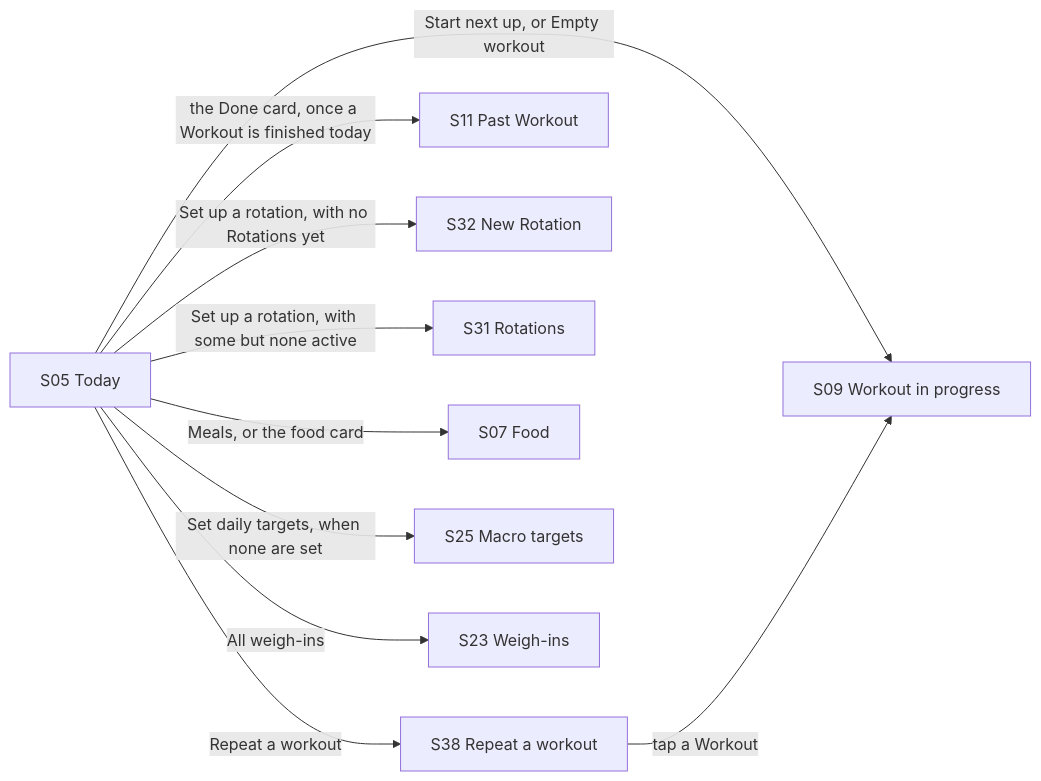
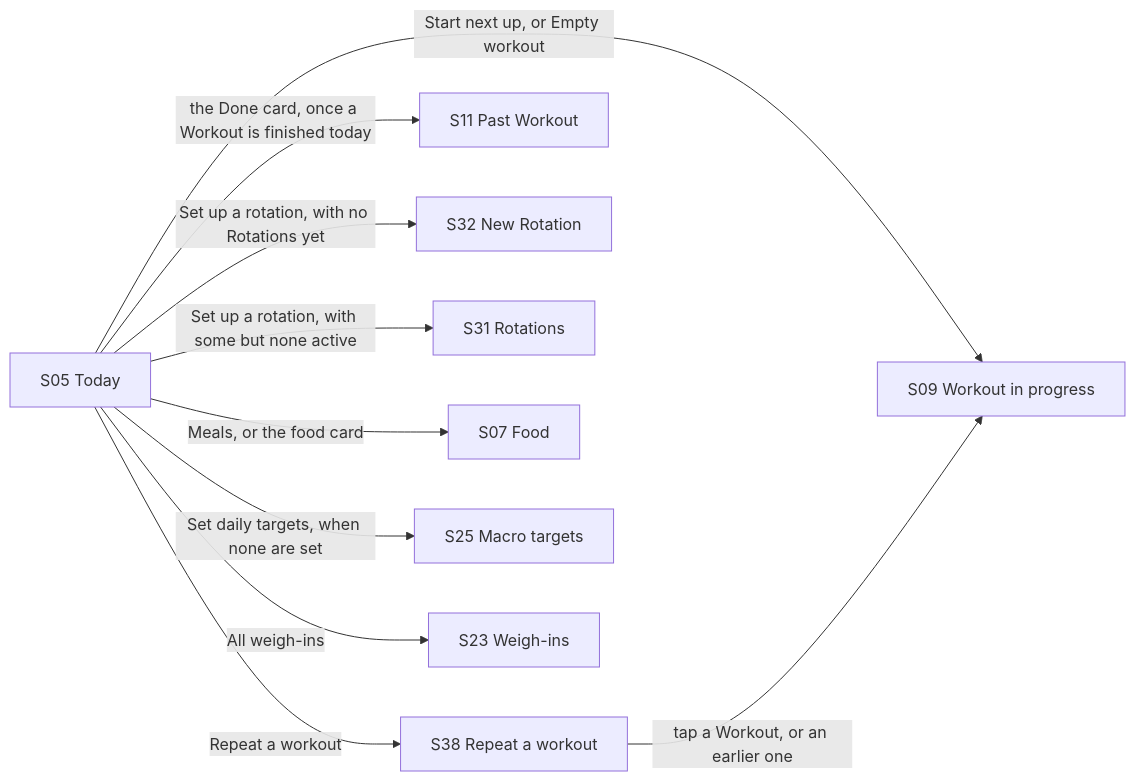
Before and after one commit to kwanlokto/greater-than-zero: the second of 9 diagrams in docs/user-flows.md, drawn with Mermaid. The commit also changed other lines of this file and 3 other files, not shown here.

````diff
--- a/docs/user-flows.md
+++ b/docs/user-flows.md
@@ -107,12 +107,12 @@
 ```mermaid
 flowchart LR
   S05["S05 Today"] -->|Start next up, or Empty workout| S09["S09 Workout in progress"]
   S05 -->|Repeat a workout| S38["S38 Repeat a workout"]
-  S38 -->|tap a Workout| S09
+  S38 -->|tap a Workout, or an earlier one| S09
   S05 -->|the Done card, once a Workout is finished today| S11["S11 Past Workout"]
   S05 -->|Set up a rotation, with no Rotations yet| S32["S32 New Rotation"]
   S05 -->|Set up a rotation, with some but none active| S31["S31 Rotations"]
   S05 -->|Meals, or the food card| S07["S07 Food"]
   S05 -->|Set daily targets, when none are set| S25["S25 Macro targets"]
   S05 -->|All weigh-ins| S23["S23 Weigh-ins"]
 ```
````
